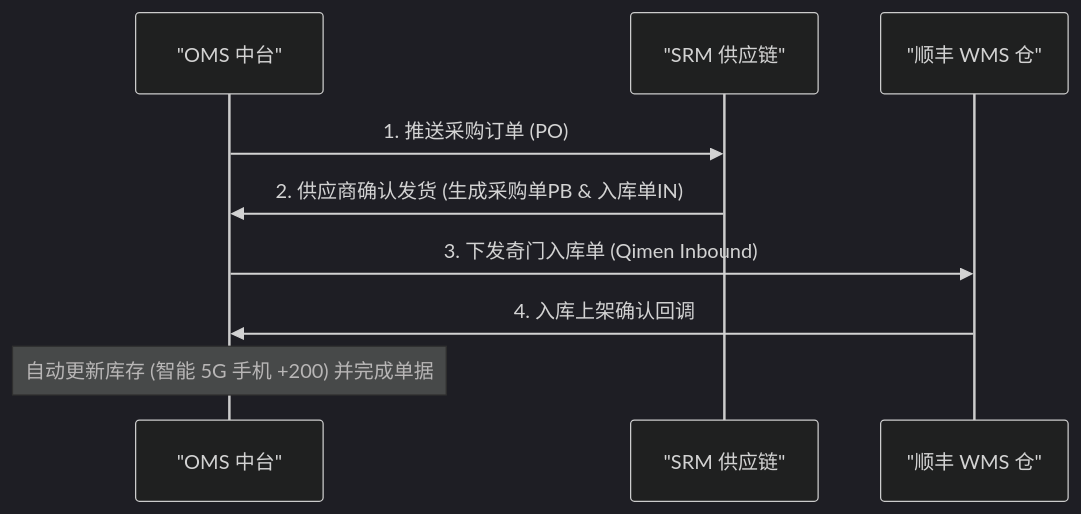
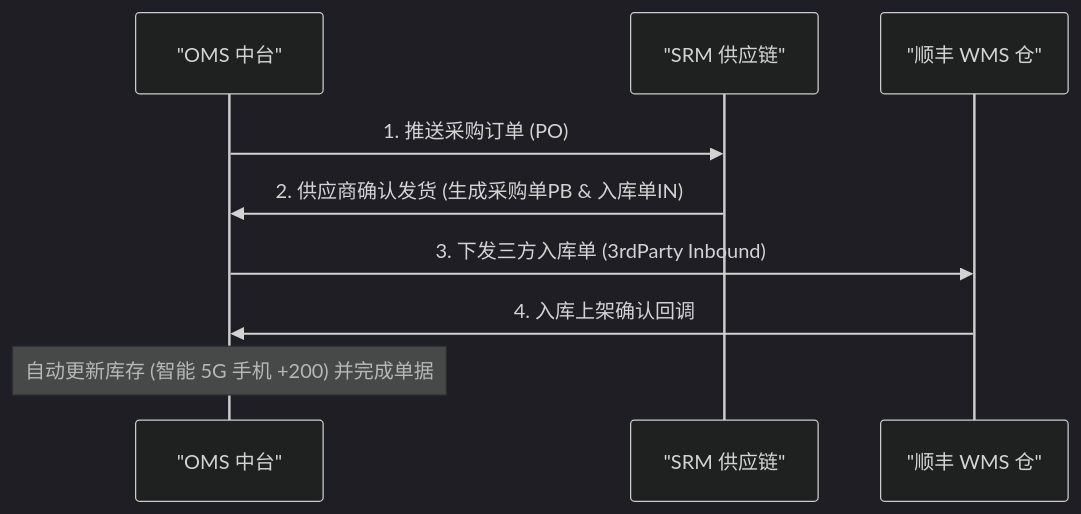
Before and after one commit to LOSKING/oms-demo: the second of 5 diagrams in README.md, drawn with Mermaid (dark theme). The commit also changed other lines of this file and 2 other files, not shown here.

Commit message:
refactor: rename Qimen interface to third-party interface

````diff
--- a/README.md
+++ b/README.md
@@ -70,11 +70,11 @@
 ```mermaid
 sequenceDiagram
     participant OMS as "OMS 中台"
     participant SRM as "SRM 供应链"
     participant WMS as "顺丰 WMS 仓"
     OMS->>SRM: 1. 推送采购订单 (PO)
     SRM->>OMS: 2. 供应商确认发货 (生成采购单PB & 入库单IN)
-    OMS->>WMS: 3. 下发奇门入库单 (Qimen Inbound)
+    OMS->>WMS: 3. 下发三方入库单 (3rdParty Inbound)
     WMS->>OMS: 4. 入库上架确认回调
     Note over OMS: 自动更新库存 (智能 5G 手机 +200) 并完成单据
 ```
````
